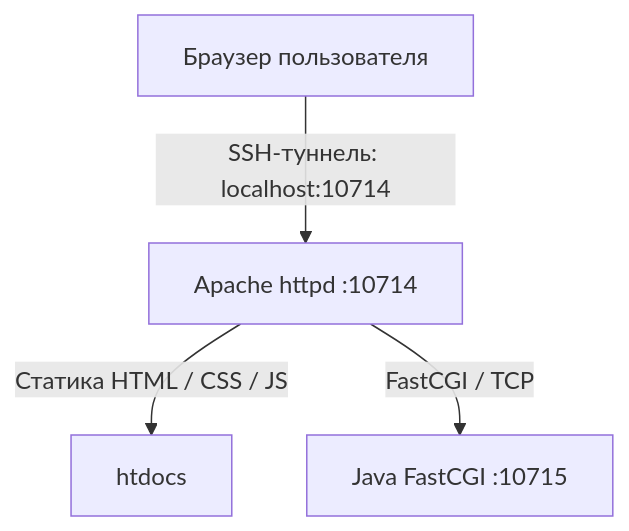
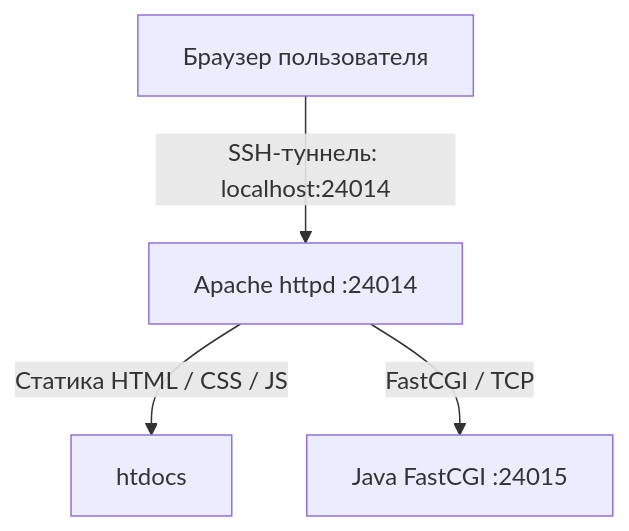
The first of 2 diagrams in 3_Web/lab2/DEPLOY.md (sergeypugin/ITMO), drawn with Mermaid before and after one commit. The commit also changed other lines of this file and 9 other files, not shown here.

````diff
--- a/3_Web/lab2/DEPLOY.md
+++ b/3_Web/lab2/DEPLOY.md
@@ -15,6 +15,6 @@
 ```mermaid
 graph TD
-    Client[Браузер пользователя] -->|SSH-туннель: localhost:10714| WebServer[Apache httpd :10714]
+    Client[Браузер пользователя] -->|SSH-туннель: localhost:24014| WebServer[Apache httpd :24014]
     WebServer -->|Статика HTML / CSS / JS| StaticFiles[htdocs]
-    WebServer -->|FastCGI / TCP| Backend[Java FastCGI :10715]
+    WebServer -->|FastCGI / TCP| Backend[Java FastCGI :24015]
 ```
````
